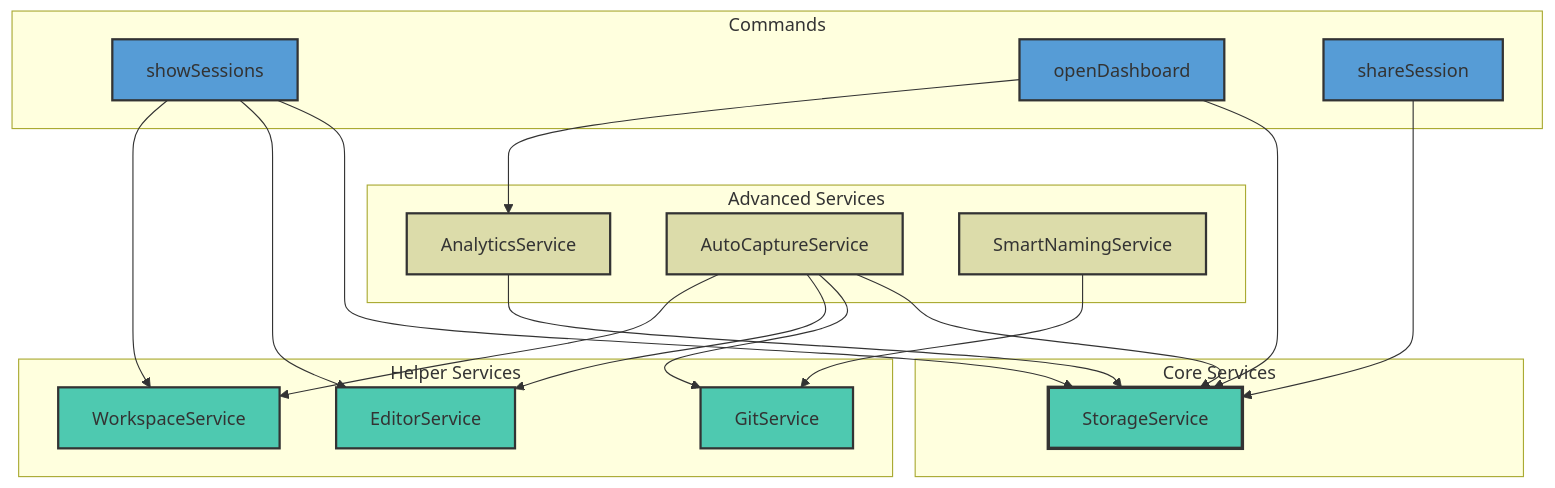
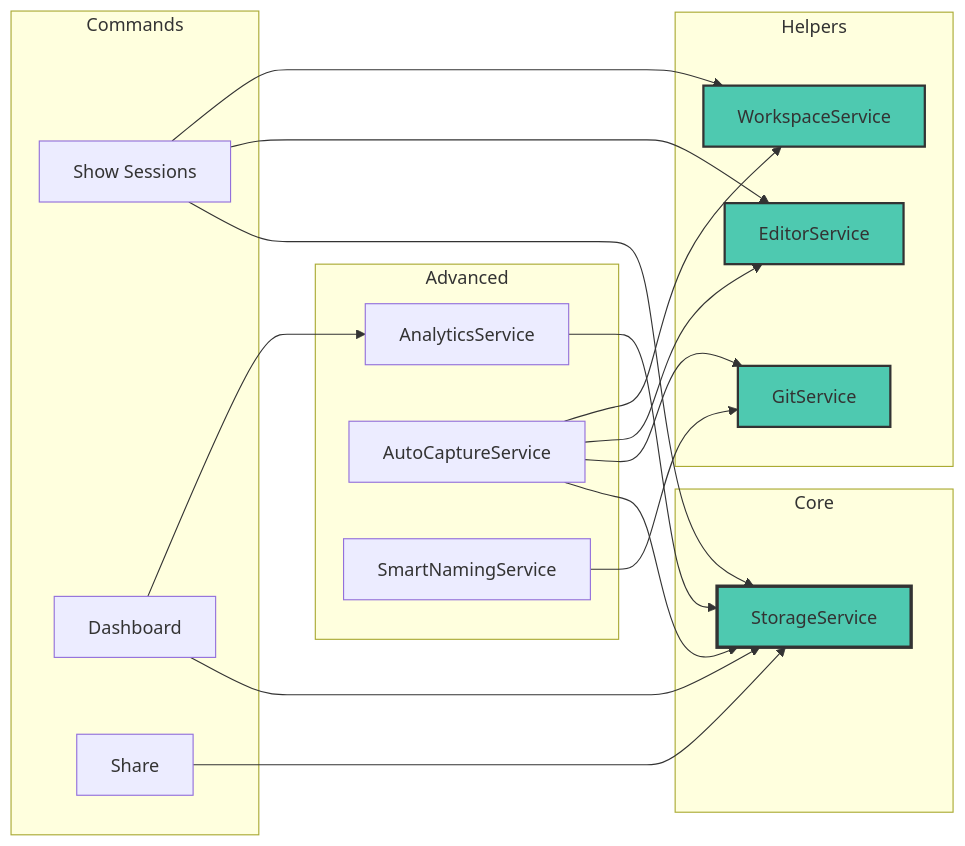
The fourth of 5 diagrams in README.md (preston176/flowlens-vscode-extension), drawn with Mermaid before and after one commit. The commit also changed other lines of this file, not shown here.

````diff
--- a/README.md
+++ b/README.md
@@ -385,53 +184,47 @@
 ```mermaid
-graph TD
-    subgraph COMMANDS["Commands"]
-        SHOW[showSessions]
-        DASH[openDashboard]
-        SHARE[shareSession]
+graph LR
+    subgraph Commands
+        SHOW[Show Sessions]
+        DASH[Dashboard]
+        SHARE[Share]
     end
-
-    subgraph CORE["Core Services"]
+    
+    subgraph Core
         STORE[StorageService]
     end
-
-    subgraph HELPERS["Helper Services"]
+    
+    subgraph Helpers
         EDITOR[EditorService]
         GIT[GitService]
         WS[WorkspaceService]
     end
-
-    subgraph ADVANCED["Advanced Services"]
+    
+    subgraph Advanced
         ANALYTICS[AnalyticsService]
         AUTO[AutoCaptureService]
         SMART[SmartNamingService]
     end
-
+    
     SHOW --> STORE
     SHOW --> EDITOR
     SHOW --> WS
-
+    
     DASH --> STORE
     DASH --> ANALYTICS
-
+    
     SHARE --> STORE
-
+    
     ANALYTICS --> STORE
-
+    
     AUTO --> STORE
     AUTO --> GIT
     AUTO --> EDITOR
     AUTO --> WS
-
+    
     SMART --> GIT
-
+    
     style STORE fill:#4ec9b0,stroke:#333,stroke-width:3px
     style EDITOR fill:#4ec9b0,stroke:#333,stroke-width:2px
     style GIT fill:#4ec9b0,stroke:#333,stroke-width:2px
     style WS fill:#4ec9b0,stroke:#333,stroke-width:2px
-    style SMART fill:#dcdcaa,stroke:#333,stroke-width:2px
-    style AUTO fill:#dcdcaa,stroke:#333,stroke-width:2px
-    style ANALYTICS fill:#dcdcaa,stroke:#333,stroke-width:2px
-    style SHOW fill:#569cd6,stroke:#333,stroke-width:2px
-    style DASH fill:#569cd6,stroke:#333,stroke-width:2px
-    style SHARE fill:#569cd6,stroke:#333,stroke-width:2px
 ```
````
